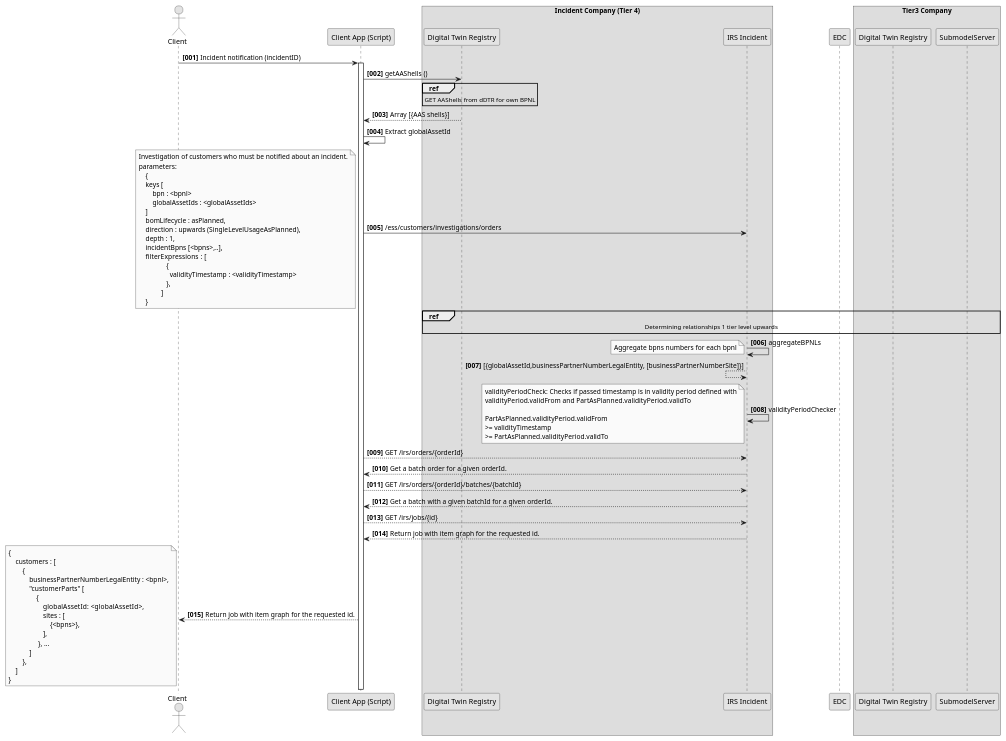
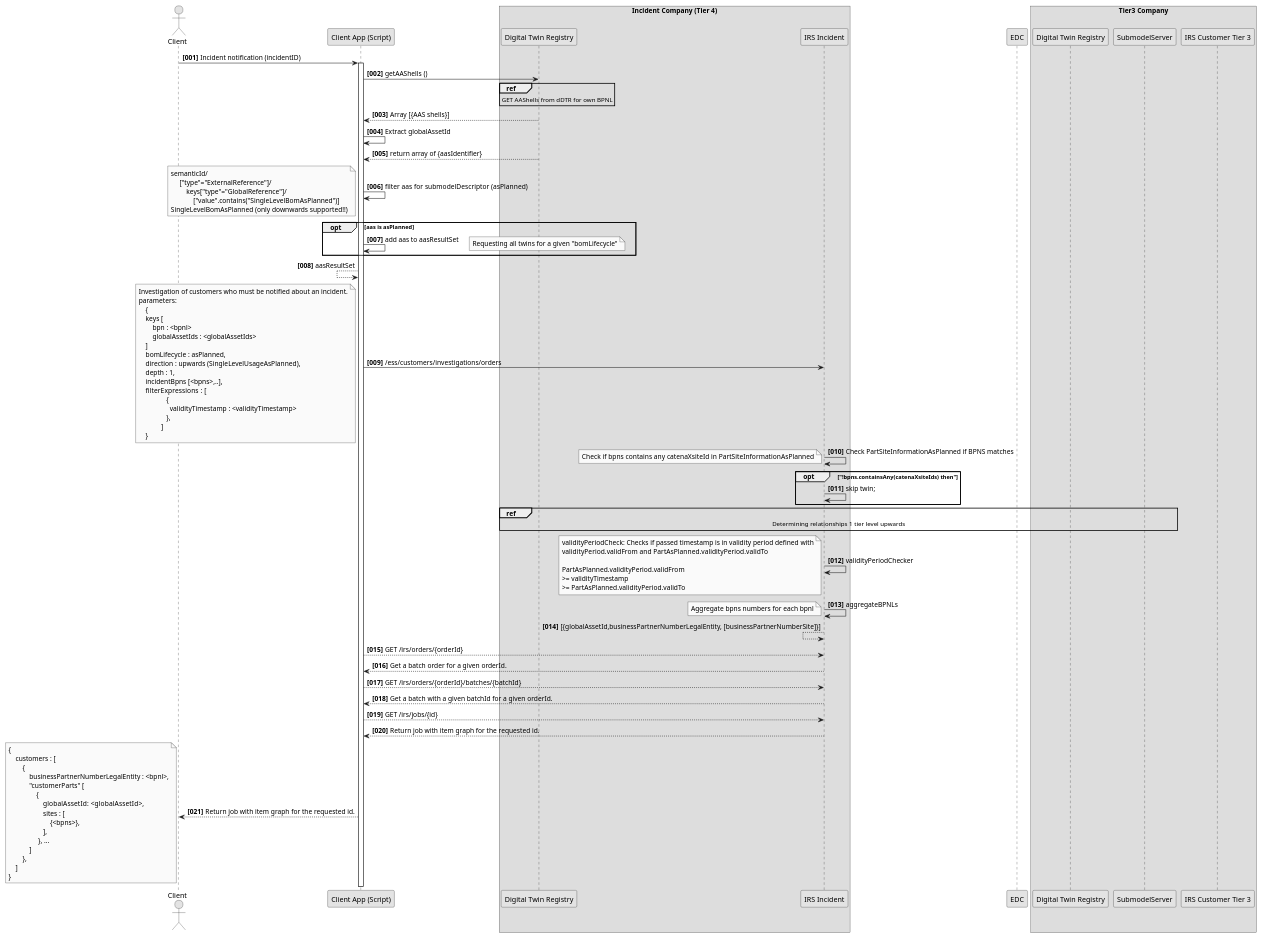
One commit to eclipse-tractusx/item-relationship-service changed the diagram in docs/src/uml-diagrams/irs-recursive/ess-bottom-up/sequence/ess-bottom-up-sequence-originator-highlevel.puml. Above: the diagram before and after it, drawn with PlantUML. The commit also changed 6 other files, not shown here.

```diff
--- a/docs/src/uml-diagrams/irs-recursive/ess-bottom-up/sequence/ess-bottom-up-sequence-originator-highlevel.puml
+++ b/docs/src/uml-diagrams/irs-recursive/ess-bottom-up/sequence/ess-bottom-up-sequence-originator-highlevel.puml
@@ -1,103 +1,138 @@
 @startuml
 skinparam monochrome true
 skinparam shadowing false
 skinparam defaultFontName "Architects daughter"
 
 autonumber "<b>[000]"
 
 actor "Client" as User
 
 participant "Client App (Script)" as ClientApp
 
 box Incident Company (Tier 4)
 participant "Digital Twin Registry" as dDTR_Tier_N
 participant "IRS Incident" as IRS_Tier_N
 end box
 
 participant EDC
 
 box Tier3 Company
 participant "Digital Twin Registry" as dDTR_Tier_3
 participant "SubmodelServer" as SubmodelServer_Tier_3
-
+participant "IRS Customer Tier 3" as IRS_Tier_3
 end box
 
 
 User -> ClientApp : Incident notification (incidentID)
 activate ClientApp
 
 ClientApp -> dDTR_Tier_N : getAAShells ()
 ref over dDTR_Tier_N
     GET AAShells from dDTR for own BPNL
 end ref
 ClientApp <-- dDTR_Tier_N : Array [{AAS shells}]
 
 ClientApp -> ClientApp : Extract globalAssetId
+
+
+ClientApp <-- dDTR_Tier_N : return array of {aasIdentifier}
+
+ClientApp -> ClientApp :  filter aas for submodelDescriptor  (asPlanned)
+        note left
+               semanticId/
+                    ["type"="ExternalReference"]/
+                        keys["type"="GlobalReference"]/
+                            ["value".contains("SingleLevelBomAsPlanned")]
+               SingleLevelBomAsPlanned (only downwards supported!!)
+        end note
+
+opt aas is asPlanned
+
+     ClientApp -> ClientApp : add aas to aasResultSet
+     note right
+                 Requesting all twins for a given "bomLifecycle"
+     end note
+
+end opt
+
+ClientApp <-- ClientApp : aasResultSet
+
 
 ClientApp -> IRS_Tier_N : /ess/customers/investigations/orders
     note left
         Investigation of customers who must be notified about an incident.
         parameters:
             {
             keys [
                 bpn : <bpnl>
                 globalAssetIds : <globalAssetIds>
             ]
             bomLifecycle : asPlanned,
             direction : upwards (SingleLevelUsageAsPlanned),
             depth : 1,
             incidentBpns [<bpns>,..],
             filterExpressions :  [
                         {
                           validityTimestamp : <validityTimestamp>
                         },
                      ]
             }
     end note
 
+    IRS_Tier_N -> IRS_Tier_N : Check PartSiteInformationAsPlanned if BPNS matches
+    note left
+        Check if bpns contains any catenaXsiteId  in PartSiteInformationAsPlanned
+    end note
+    opt "!bpns.containsAny(catenaXsiteIds) then"
+        IRS_Tier_N -> IRS_Tier_N : skip twin;
+    end
+
     ref over dDTR_Tier_N, dDTR_Tier_3, SubmodelServer_Tier_3
         Determining relationships 1 tier level upwards
     end ref
-
-    IRS_Tier_N -> IRS_Tier_N : aggregateBPNLs
-    note left
-        Aggregate bpns numbers for each bpnl
-    end note
-    IRS_Tier_N <-- IRS_Tier_N : [{globalAssetId,businessPartnerNumberLegalEntity, [businessPartnerNumberSite]}]
 
     IRS_Tier_N -> IRS_Tier_N : validityPeriodChecker
     note left
         validityPeriodCheck: Checks if passed timestamp is in validity period defined with
         validityPeriod.validFrom and  PartAsPlanned.validityPeriod.validTo
 
         PartAsPlanned.validityPeriod.validFrom
         >= validityTimestamp
         >= PartAsPlanned.validityPeriod.validTo
     end note
+
+    IRS_Tier_N -> IRS_Tier_N : aggregateBPNLs
+    note left
+        Aggregate bpns numbers for each bpnl
+    end note
+    IRS_Tier_N <-- IRS_Tier_N : [{globalAssetId,businessPartnerNumberLegalEntity, [businessPartnerNumberSite]}]
+
+
 
 
     ClientApp --> IRS_Tier_N : GET /irs/orders/{orderId}
     ClientApp <-- IRS_Tier_N : Get a batch order for a given orderId.
     ClientApp --> IRS_Tier_N : GET /irs/orders/{orderId}/batches/{batchId}
     ClientApp <-- IRS_Tier_N : Get a batch with a given batchId for a given orderId.
     ClientApp --> IRS_Tier_N : GET /irs/jobs/{id}
     ClientApp <-- IRS_Tier_N : Return job with item graph for the requested id.
     User <-- ClientApp : Return job with item graph for the requested id.
       note left
             {
                 customers : [
                     {
                         businessPartnerNumberLegalEntity : <bpnl>,
                         "customerParts" [
                             {
                                 globalAssetId:   <globalAssetId>,
                                 sites : [
                                     {<bpns>},
                                 ],
                              }, ...
                         ]
                     },
                 ]
             }
         end note
+
 @enduml
```
